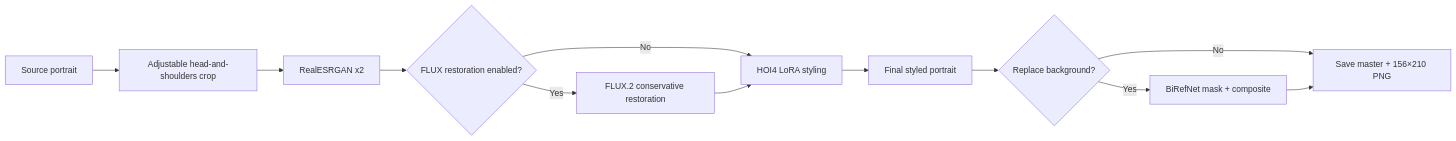
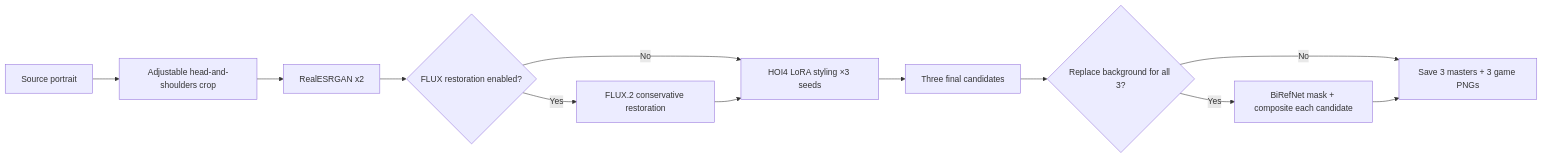
The first of 2 diagrams in README.md (klimPaskov/comfyui-hoi4-portraits), drawn with Mermaid before and after one commit. The commit also changed other lines of this file and 18 other files, not shown here.

Commit message:
Add three-candidate source workflow fan-out

````diff
--- a/README.md
+++ b/README.md
@@ -42,12 +42,12 @@
 ```mermaid
 flowchart LR
     A["Source portrait"] --> CROP["Adjustable head-and-shoulders crop"]
     CROP --> B["RealESRGAN x2"]
     B --> C{"FLUX restoration enabled?"}
-    C -->|No| D["HOI4 LoRA styling"]
+    C -->|No| D["HOI4 LoRA styling ×3 seeds"]
     C -->|Yes| R["FLUX.2 conservative restoration"] --> D
-    D --> E["Final styled portrait"]
-    E --> F{"Replace background?"}
-    F -->|No| G["Save master + 156×210 PNG"]
-    F -->|Yes| H["BiRefNet mask + composite"] --> G
+    D --> E["Three final candidates"]
+    E --> F{"Replace background for all 3?"}
+    F -->|No| G["Save 3 masters + 3 game PNGs"]
+    F -->|Yes| H["BiRefNet mask + composite each candidate"] --> G
 ```
````
